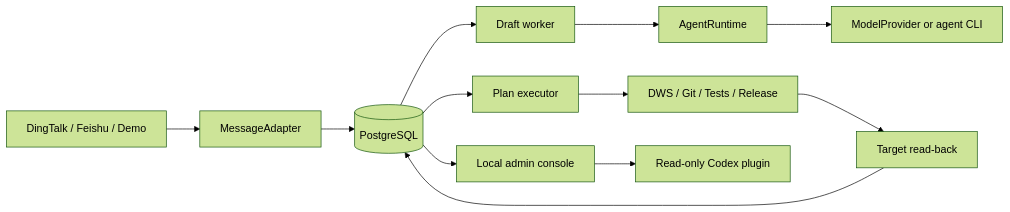
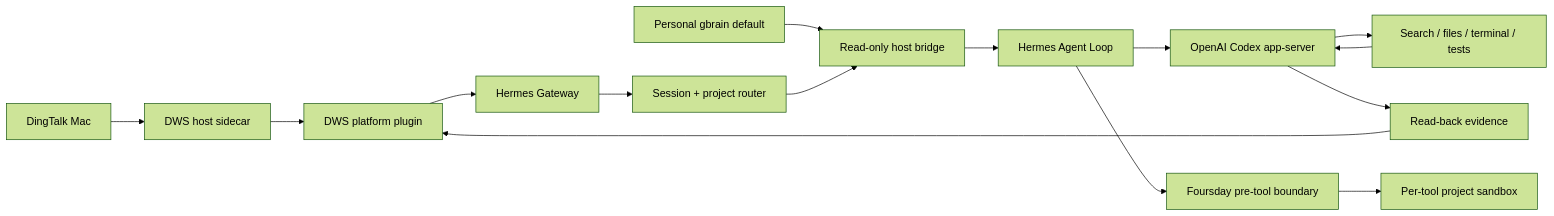
Before and after one commit to ruiwang20010702/ai-employee: the diagram in docs/en/architecture.md, drawn with Mermaid (forest theme). The commit also changed other lines of this file and 70 other files, not shown here.

````diff
--- a/docs/en/architecture.md
+++ b/docs/en/architecture.md
@@ -9,14 +19,17 @@
 ```mermaid
 flowchart LR
-    CHANNEL["DingTalk / Feishu / Demo"] --> MESSAGE["MessageAdapter"]
-    MESSAGE --> DB[("PostgreSQL")]
-    DB --> WORKER["Draft worker"]
-    WORKER --> RUNTIME["AgentRuntime"]
-    RUNTIME --> PROVIDER["ModelProvider or agent CLI"]
-    DB --> EXECUTOR["Plan executor"]
-    EXECUTOR --> ADAPTERS["DWS / Git / Tests / Release"]
-    ADAPTERS --> VERIFY["Target read-back"]
-    VERIFY --> DB
-    DB --> ADMIN["Local admin console"]
-    ADMIN --> MCP["Read-only Codex plugin"]
+    DT["DingTalk Mac"] --> SIDE["DWS host sidecar"]
+    SIDE --> PLAT["DWS platform plugin"]
+    PLAT --> GW["Hermes Gateway"]
+    GW --> ROUTE["Session + project router"]
+    GB["Personal gbrain default"] --> MEM["Read-only host bridge"]
+    ROUTE --> MEM
+    MEM --> LOOP["Hermes Agent Loop"]
+    LOOP --> CODEX["OpenAI Codex app-server"]
+    CODEX --> TOOLS["Search / files / terminal / tests"]
+    TOOLS --> CODEX
+    CODEX --> EVIDENCE["Read-back evidence"]
+    EVIDENCE --> PLAT
+    LOOP --> BOUNDARY["Foursday pre-tool boundary"]
+    BOUNDARY --> SANDBOX["Per-tool project sandbox"]
 ```
````
